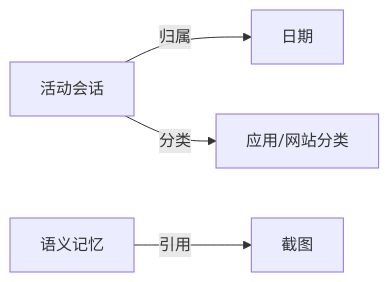
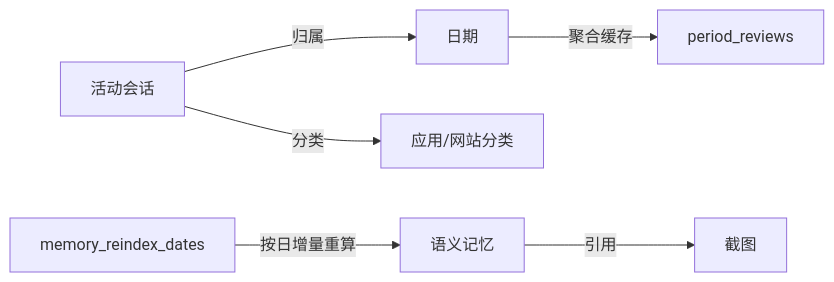
One commit to wm94i/Work-Review changed the second of 2 diagrams in PROJECTWIKI.md. Above: the diagram before and after it, drawn with Mermaid. The commit also changed other lines of this file and 169 other files, not shown here.

````diff
--- a/PROJECTWIKI.md
+++ b/PROJECTWIKI.md
@@ -70,6 +112,8 @@
 ```mermaid
 flowchart LR
     Session[活动会话] -->|归属| Day[日期]
     Session -->|分类| Category[应用/网站分类]
     Memory[语义记忆] -->|引用| Screenshot[截图]
+    Reindex[memory_reindex_dates] -->|按日增量重算| Memory
+    Day -->|聚合缓存| PeriodReview[period_reviews]
 ```
````
